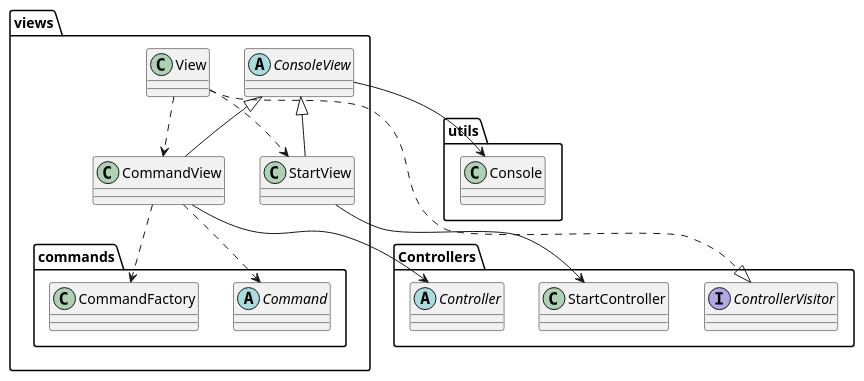
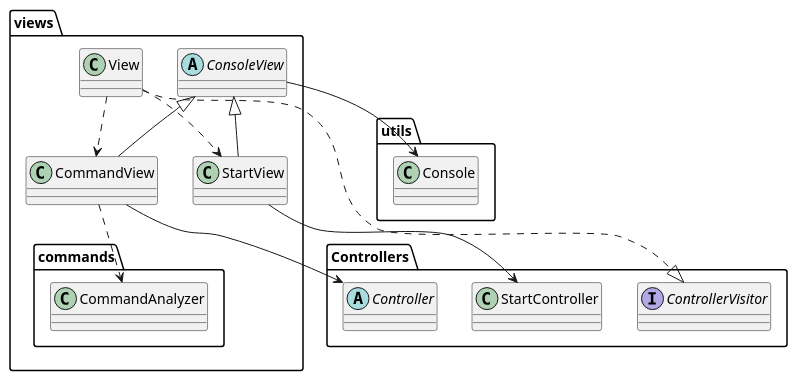
Before and after one commit to menthil/tennis-manager: the diagram in docs/puml/clases-views.puml, drawn with PlantUML. The commit also changed 5 other files, not shown here.

Commit message:
Actualización de los diagramas

```diff
--- a/docs/puml/clases-views.puml
+++ b/docs/puml/clases-views.puml
@@ -1,47 +1,44 @@
 @startuml views
 
 package utils {
 
   class Console
 
 }
 
 package Controllers {
 
   abstract Controller
 
   interface ControllerVisitor
 
   class StartController
 
 }
 
 package views.commands {
 
-  class CommandFactory
-
-  abstract Command
+  class CommandAnalyzer
 
 }
 
 package views {
 
   class CommandView extends ConsoleView
   CommandView --> Controller
-  CommandView ..> commands.CommandFactory
-  CommandView ..> commands.Command
+  CommandView ..> commands.CommandAnalyzer
 
   abstract ConsoleView
   ConsoleView --> Console
 
   class StartView extends ConsoleView
   StartView --> StartController
 
   class View
   ControllerVisitor <|.up. View
   View ..> StartView
   View ..> CommandView
 
 }
 
 @enduml
```
